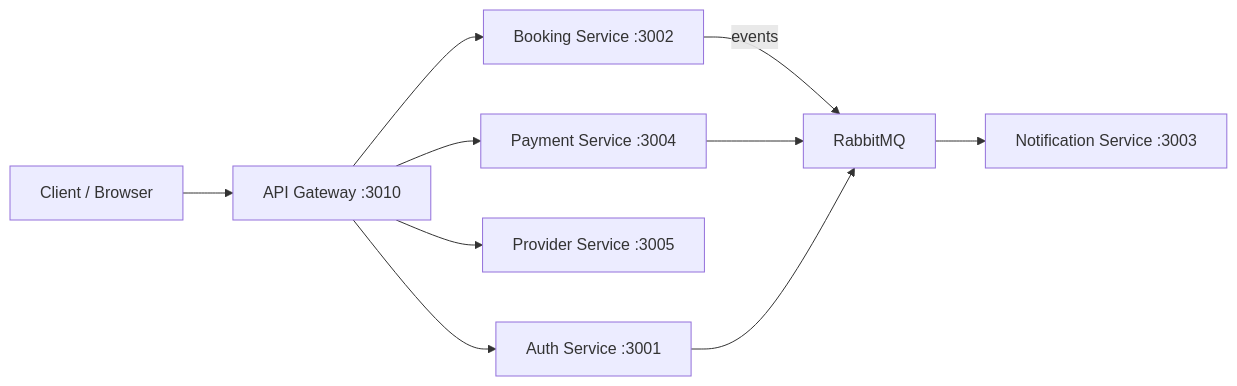
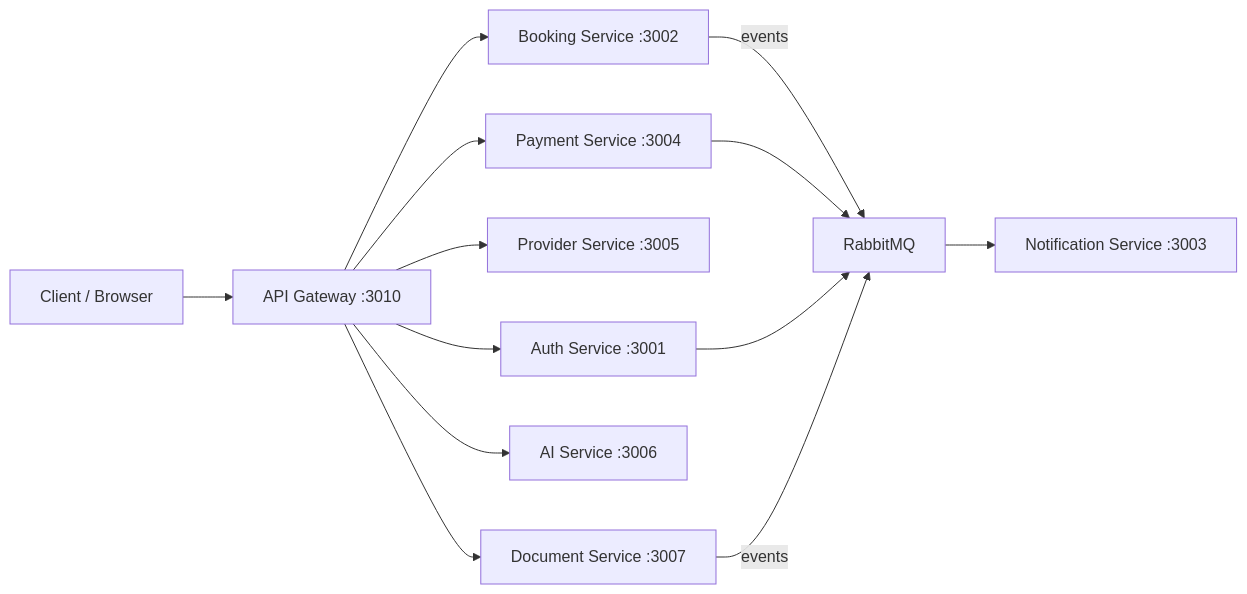
One commit to mahmoudnabil133/lowyer_managment_sys changed the first of 11 diagrams in README.md. Above: the diagram before and after it, drawn with Mermaid. The commit also changed other lines of this file, not shown here.

First line of the commit message:
docs: update README with AI and Document services

````diff
--- a/README.md
+++ b/README.md
@@ -76,12 +78,15 @@
 ```mermaid
 flowchart LR
     Client["Client / Browser"] --> Gateway["API Gateway :3010"]
     Gateway --> Auth["Auth Service :3001"]
     Gateway --> Booking["Booking Service :3002"]
     Gateway --> Provider["Provider Service :3005"]
     Gateway --> Payment["Payment Service :3004"]
+    Gateway --> AI["AI Service :3006"]
+    Gateway --> Document["Document Service :3007"]
     Booking -- "events" --> RMQ["RabbitMQ"]
     RMQ --> Notify["Notification Service :3003"]
     Payment --> RMQ
     Auth --> RMQ
+    Document -- "events" --> RMQ
 ```
````
